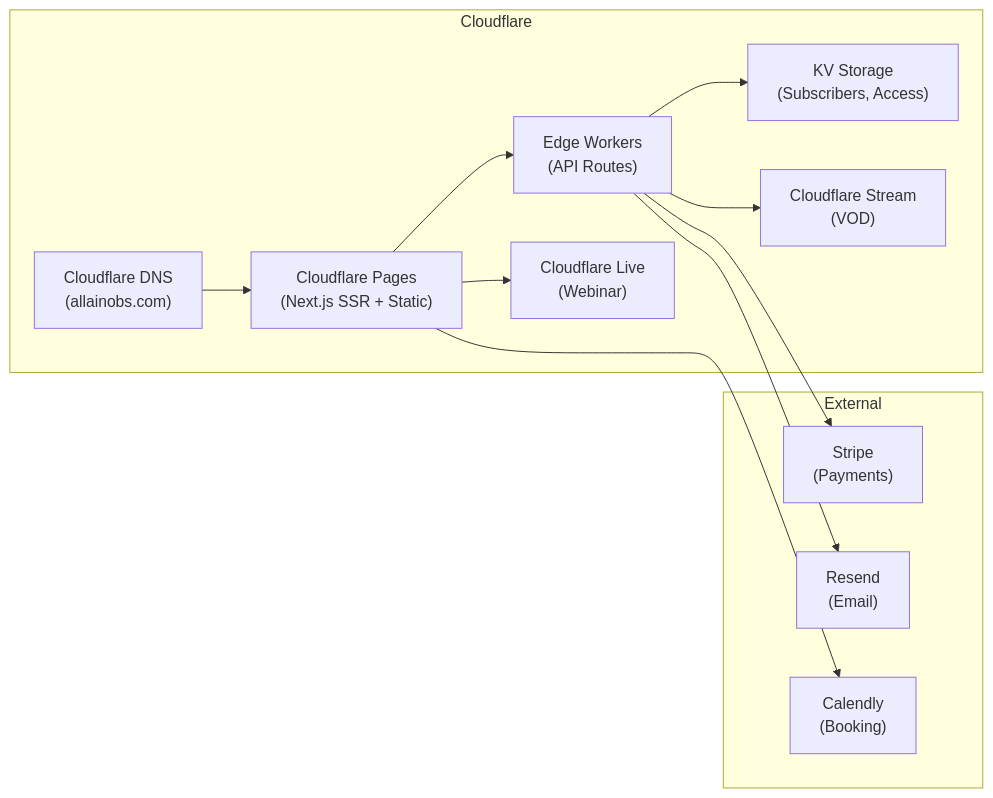
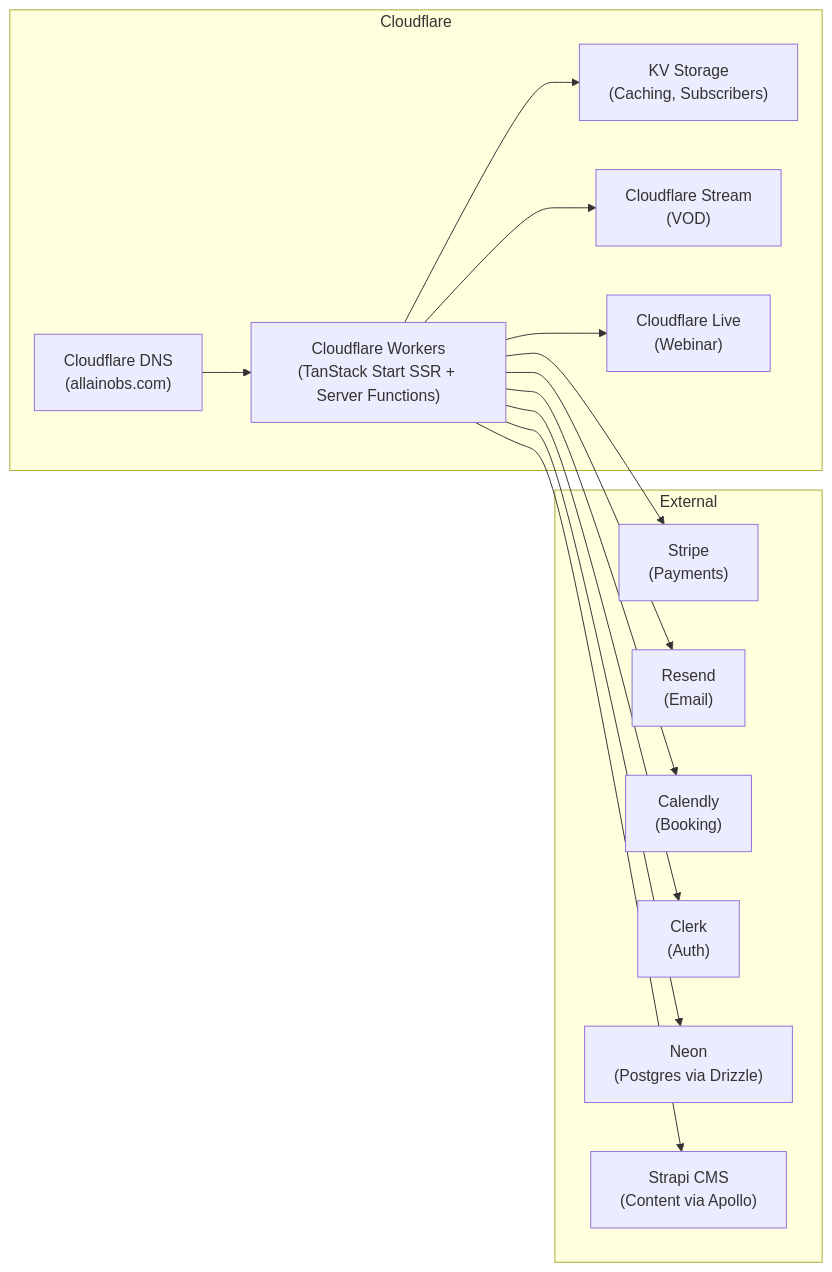
The second of 2 diagrams in _bmad-output/planning-artifacts/architecture-allainobs-2026-03-07.md (delorenj/AllAINoBS), drawn with Mermaid before and after one commit. The commit also changed other lines of this file, not shown here.

First line of the commit message:
ALLAI-1: Update architecture doc for TanStack Start stack

````diff
--- a/_bmad-output/planning-artifacts/architecture-allainobs-2026-03-07.md
+++ b/_bmad-output/planning-artifacts/architecture-allainobs-2026-03-07.md
@@ -248,26 +293,30 @@
 ```mermaid
 graph LR
     subgraph "Cloudflare"
-        Pages["Cloudflare Pages<br/>(Next.js SSR + Static)"]
-        Workers["Edge Workers<br/>(API Routes)"]
-        KV["KV Storage<br/>(Subscribers, Access)"]
+        Workers["Cloudflare Workers<br/>(TanStack Start SSR + Server Functions)"]
+        KV["KV Storage<br/>(Caching, Subscribers)"]
         Stream["Cloudflare Stream<br/>(VOD)"]
         Live["Cloudflare Live<br/>(Webinar)"]
         DNS["Cloudflare DNS<br/>(allainobs.com)"]
     end
 
     subgraph "External"
         Stripe["Stripe<br/>(Payments)"]
         Resend["Resend<br/>(Email)"]
         Calendly["Calendly<br/>(Booking)"]
+        Clerk["Clerk<br/>(Auth)"]
+        Neon["Neon<br/>(Postgres via Drizzle)"]
+        Strapi["Strapi CMS<br/>(Content via Apollo)"]
     end
 
-    DNS --> Pages
-    Pages --> Workers
+    DNS --> Workers
     Workers --> KV
     Workers --> Stream
     Workers --> Stripe
     Workers --> Resend
-    Pages --> Live
-    Pages --> Calendly
+    Workers --> Clerk
+    Workers --> Neon
+    Workers --> Strapi
+    Workers --> Live
+    Workers --> Calendly
 ```
````
